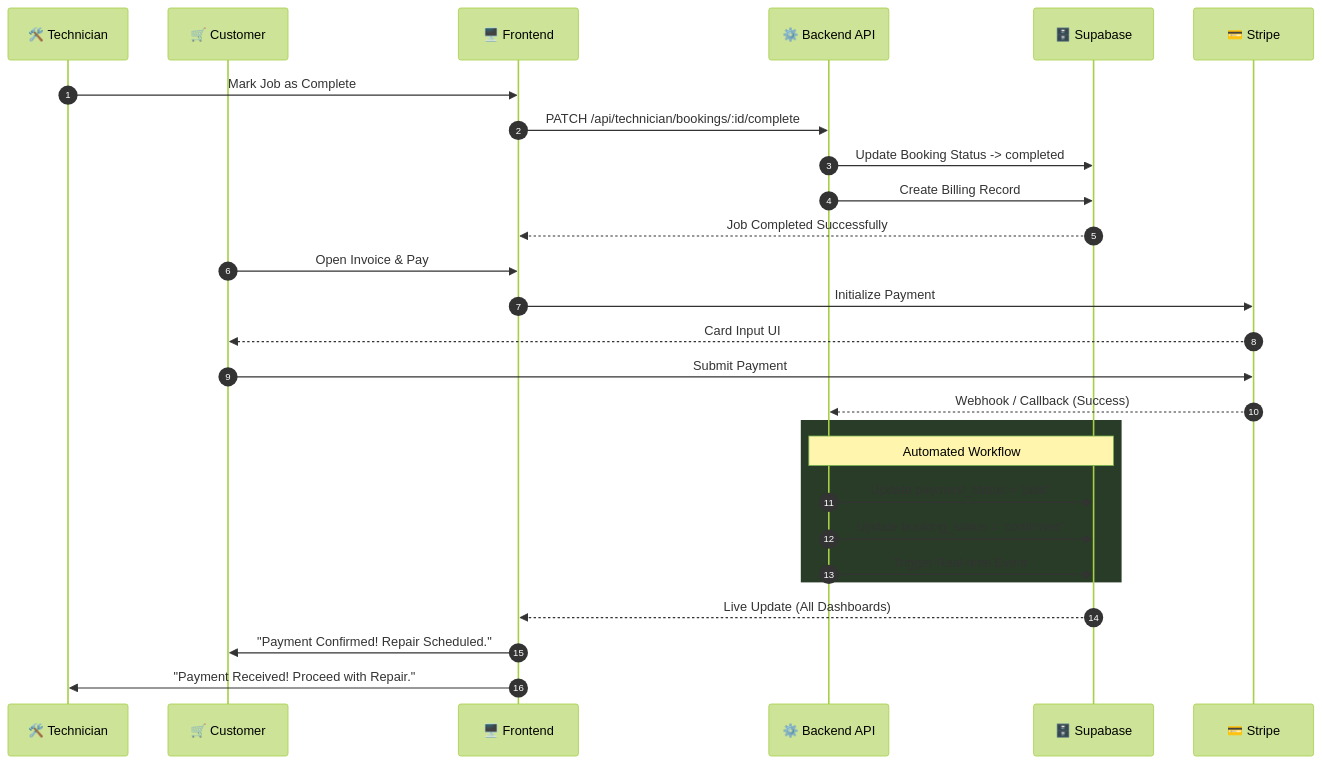
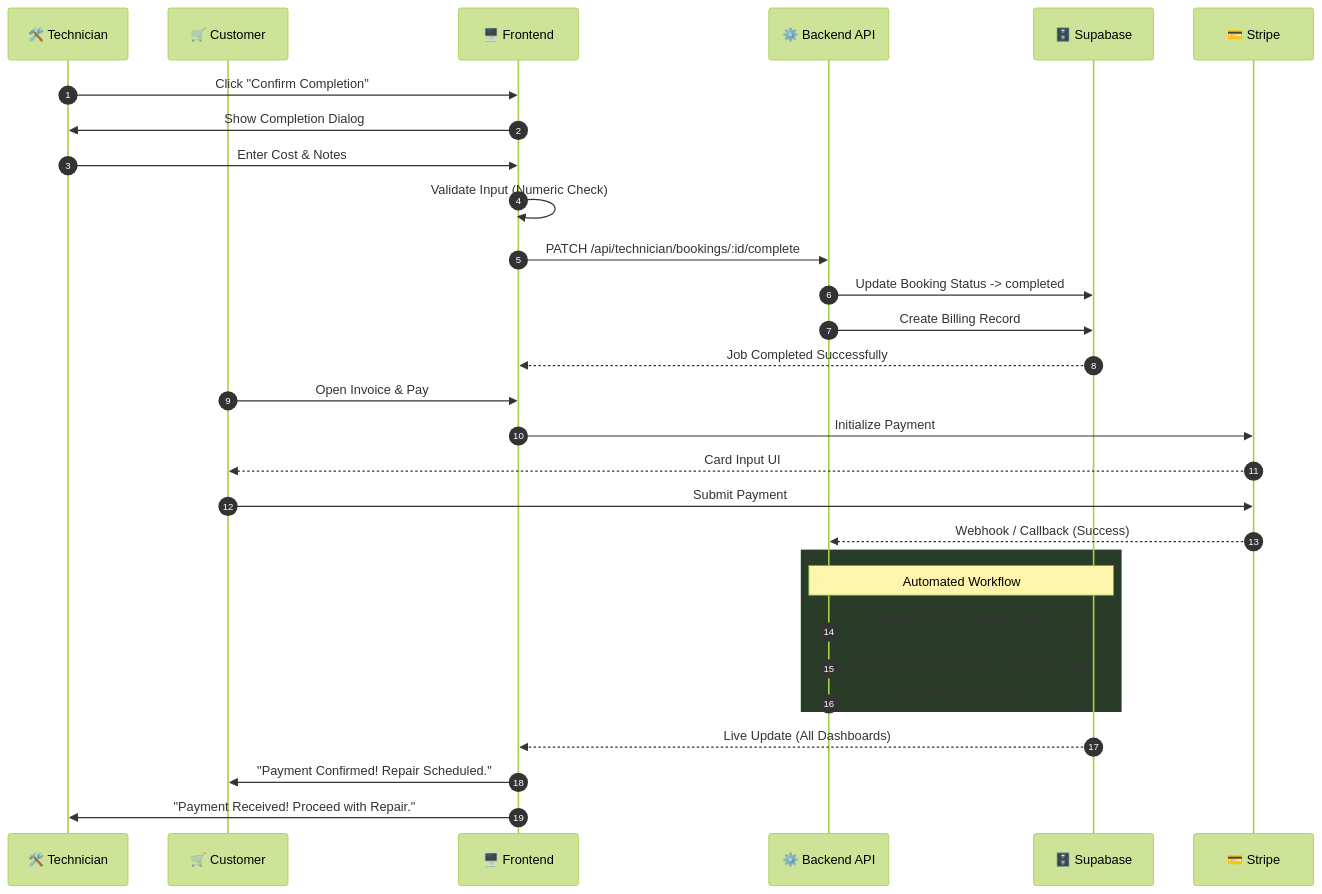
The fifth of 16 diagrams in README.md (Irchika774/Tech-Care_official), drawn with Mermaid (forest theme) before and after one commit. The commit also changed other lines of this file and 2 other files, not shown here.

Commit message:
v2.6.5: Fix Technician Dashboard validation and dark mode UI bugs

````diff
--- a/README.md
+++ b/README.md
@@ -349,33 +349,36 @@
 ```mermaid
 sequenceDiagram
     autonumber
     participant T as 🛠️ Technician
     participant C as 🛒 Customer
     participant F as 🖥️ Frontend
     participant B as ⚙️ Backend API
     participant S as 🗄️ Supabase
     participant ST as 💳 Stripe
 
-    T->>F: Mark Job as Complete
+    T->>F: Click "Confirm Completion"
+    F->>T: Show Completion Dialog
+    T->>F: Enter Cost & Notes
+    F->>F: Validate Input (Numeric Check)
     F->>B: PATCH /api/technician/bookings/:id/complete
     B->>S: Update Booking Status -> completed
     B->>S: Create Billing Record
     S-->>F: Job Completed Successfully
 
     C->>F: Open Invoice & Pay
     F->>ST: Initialize Payment
     ST-->>C: Card Input UI
     C->>ST: Submit Payment
     ST-->>B: Webhook / Callback (Success)
     
     rect rgb(40, 60, 40)
         Note over B,S: Automated Workflow
         B->>S: Update payment_status = 'paid'
         B->>S: Update booking_status = 'confirmed'
         B->>S: Trigger Real-time Event
     end
 
     S-->>F: Live Update (All Dashboards)
     F->>C: "Payment Confirmed! Repair Scheduled."
     F->>T: "Payment Received! Proceed with Repair."
 ```
````
